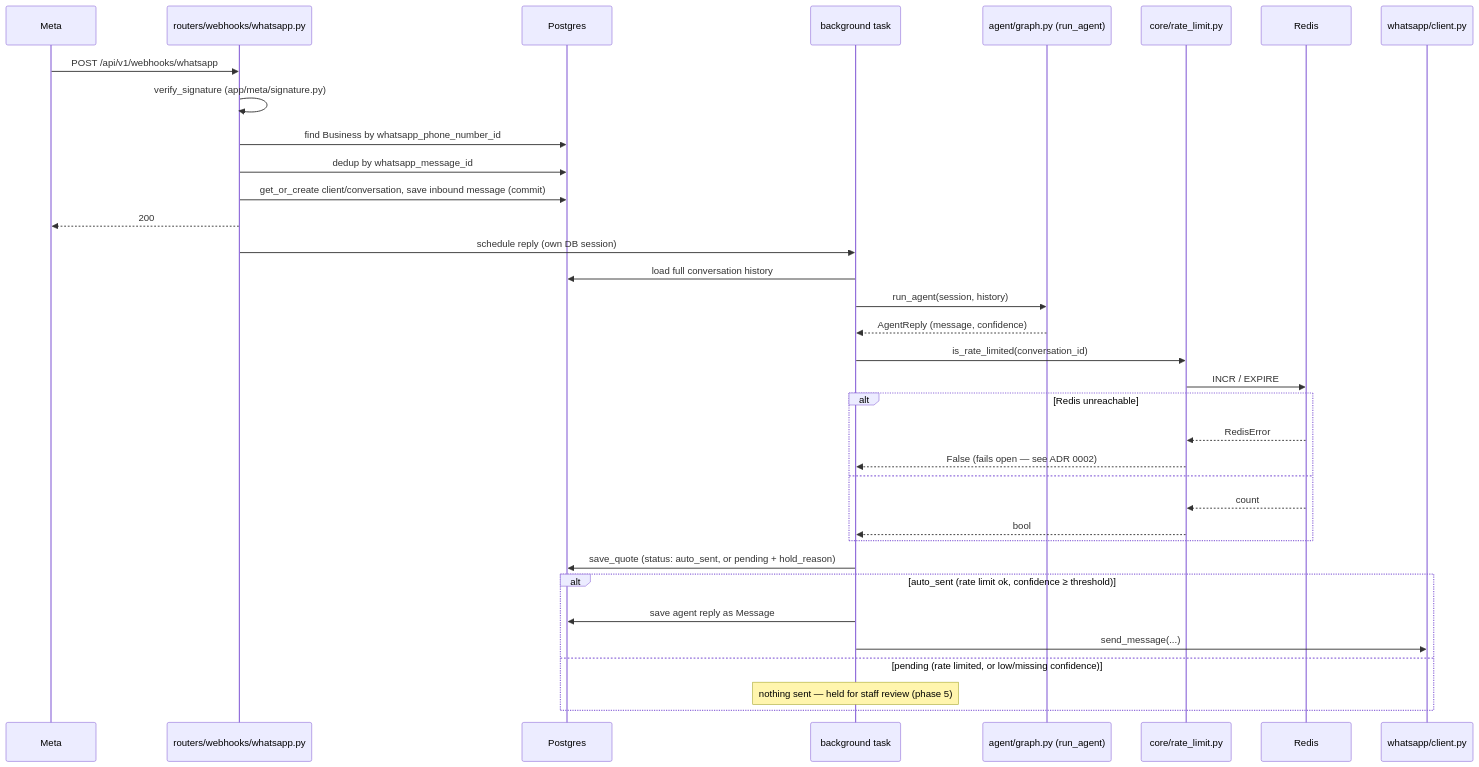
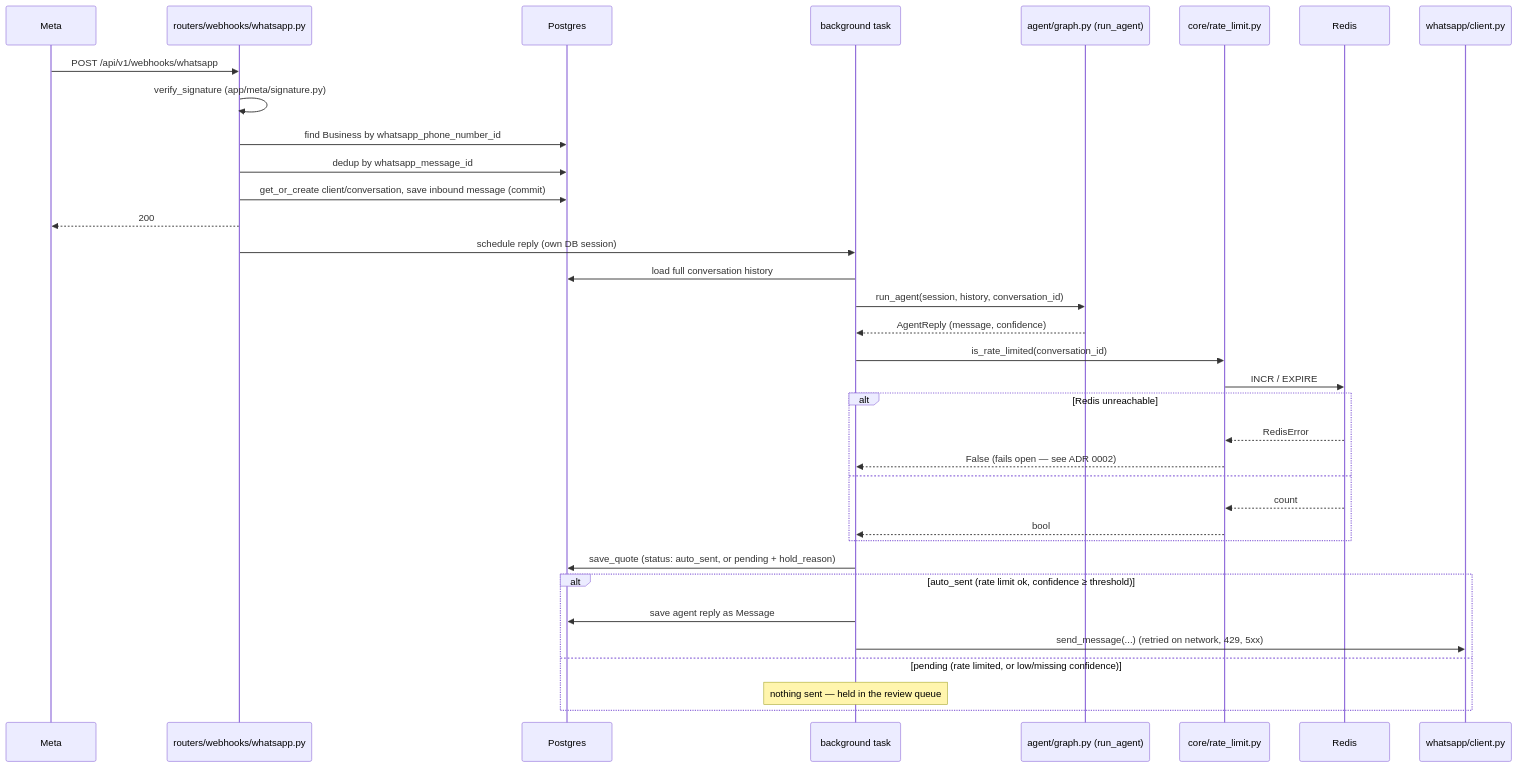
The third of 3 diagrams in docs/ARCHITECTURE.md (amineaiba/Quotify), drawn with Mermaid before and after one commit. The commit also changed other lines of this file and 3 other files, not shown here.

Commit message:
Update README, roadmap and architecture docs

````diff
--- a/docs/ARCHITECTURE.md
+++ b/docs/ARCHITECTURE.md
@@ -173,38 +197,38 @@
 ```mermaid
 sequenceDiagram
     participant Meta
     participant R as routers/webhooks/whatsapp.py
     participant DB as Postgres
     participant BG as background task
     participant L as agent/graph.py (run_agent)
     participant RL as core/rate_limit.py
     participant Redis
     participant W as whatsapp/client.py
 
     Meta->>R: POST /api/v1/webhooks/whatsapp
     R->>R: verify_signature (app/meta/signature.py)
     R->>DB: find Business by whatsapp_phone_number_id
     R->>DB: dedup by whatsapp_message_id
     R->>DB: get_or_create client/conversation, save inbound message (commit)
     R-->>Meta: 200
     R->>BG: schedule reply (own DB session)
     BG->>DB: load full conversation history
-    BG->>L: run_agent(session, history)
+    BG->>L: run_agent(session, history, conversation_id)
     L-->>BG: AgentReply (message, confidence)
     BG->>RL: is_rate_limited(conversation_id)
     RL->>Redis: INCR / EXPIRE
     alt Redis unreachable
         Redis-->>RL: RedisError
         RL-->>BG: False (fails open — see ADR 0002)
     else
         Redis-->>RL: count
         RL-->>BG: bool
     end
     BG->>DB: save_quote (status: auto_sent, or pending + hold_reason)
     alt auto_sent (rate limit ok, confidence ≥ threshold)
         BG->>DB: save agent reply as Message
-        BG->>W: send_message(...)
+        BG->>W: send_message(...) (retried on network, 429, 5xx)
     else pending (rate limited, or low/missing confidence)
-        Note over BG: nothing sent — held for staff review (phase 5)
+        Note over BG: nothing sent — held in the review queue
     end
 ```
````
